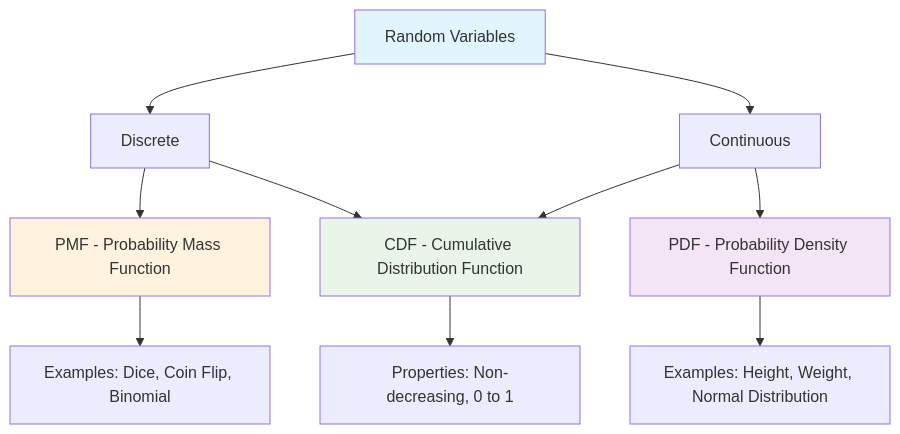
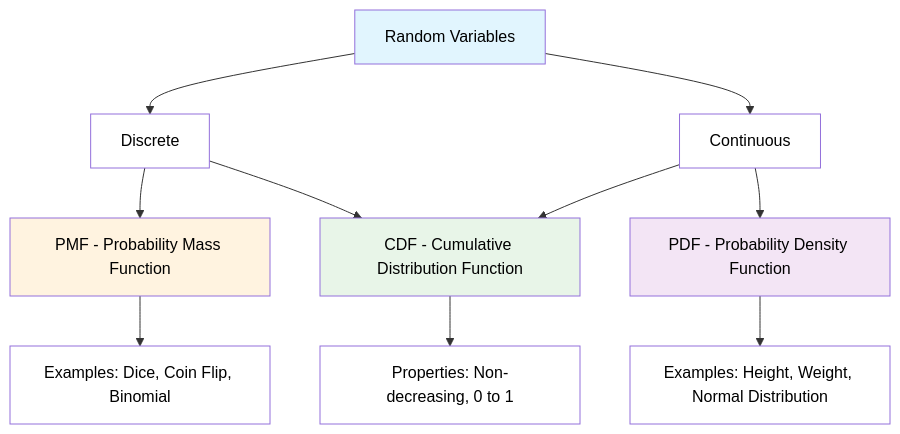
The first of 10 diagrams in Advanced_statistics.md (siddharthkumarrai/Statics), drawn with Mermaid before and after one commit. The commit also changed other lines of this file, not shown here.

````diff
--- a/Advanced_statistics.md
+++ b/Advanced_statistics.md
@@ -5,21 +5,26 @@
 ```mermaid
 graph TD
     A[Random Variables] --> B[Discrete]
     A --> C[Continuous]
     
     B --> D[PMF - Probability Mass Function]
     C --> E[PDF - Probability Density Function]
     
     B --> F[CDF - Cumulative Distribution Function]
     C --> F
     
     D --> G[Examples: Dice, Coin Flip, Binomial]
     E --> H[Examples: Height, Weight, Normal Distribution]
     
     F --> I[Properties: Non-decreasing, 0 to 1]
     
-    style A fill:#e1f5fe
-    style D fill:#fff3e0
-    style E fill:#f3e5f5
-    style F fill:#e8f5e8
+    style A fill:#e1f5fe,color:#000
+    style B fill:#fff,color:#000
+    style C fill:#fff,color:#000
+    style D fill:#fff3e0,color:#000
+    style E fill:#f3e5f5,color:#000
+    style F fill:#e8f5e8,color:#000
+    style G fill:#fff,color:#000
+    style H fill:#fff,color:#000
+    style I fill:#fff,color:#000
 ```
````
